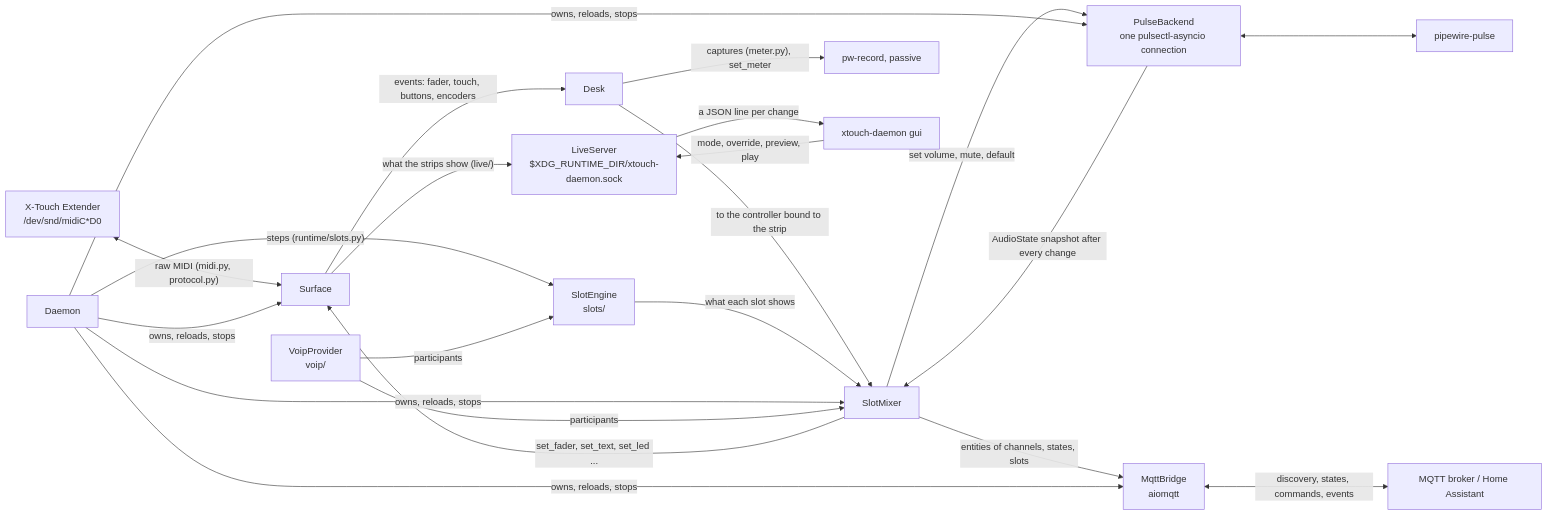
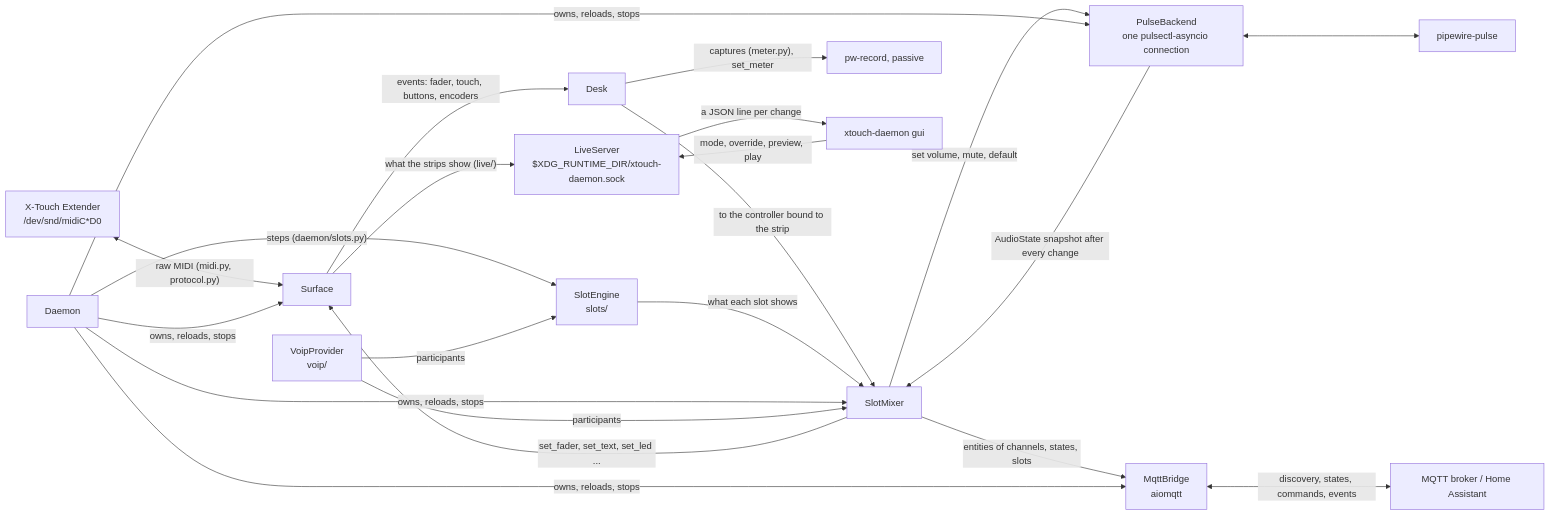
Before and after one commit to markusressel/xtouch-daemon: the diagram in docs/development/architecture/index.md, drawn with Mermaid. The commit also changed other lines of this file and 48 other files, not shown here.

First line of the commit message:
Rename the package runtime to daemon

````diff
--- a/docs/development/architecture/index.md
+++ b/docs/development/architecture/index.md
@@ -7,20 +7,20 @@
 ```mermaid
 graph LR
     Device[X-Touch Extender<br/>/dev/snd/midiC*D0] <-- "raw MIDI (midi.py, protocol.py)" --> Surface
     Surface -- "events: fader, touch, buttons, encoders" --> Desk
     Desk -- "to the controller bound to the strip" --> Mixer[SlotMixer]
     Mixer -- "set_fader, set_text, set_led ..." --> Surface
     Backend[PulseBackend<br/>one pulsectl-asyncio connection] -- "AudioState snapshot after every change" --> Mixer
     Mixer -- "set volume, mute, default" --> Backend
     Engine[SlotEngine<br/>slots/] -- "what each slot shows" --> Mixer
     Backend <--> Sound[pipewire-pulse]
     Desk -- "captures (meter.py), set_meter" --> PwRecord[pw-record, passive]
     Mixer -- "entities of channels, states, slots" --> Bridge[MqttBridge<br/>aiomqtt]
     Bridge <-- "discovery, states, commands, events" --> Broker[MQTT broker / Home Assistant]
     Daemon -- "owns, reloads, stops" --> Surface & Backend & Mixer & Bridge
     Surface -- "what the strips show (live/)" --> Live[LiveServer<br/>$XDG_RUNTIME_DIR/xtouch-daemon.sock]
     Live -- "a JSON line per change" --> GUI[xtouch-daemon gui]
     GUI -- "mode, override, preview, play" --> Live
-    Daemon -- "steps (runtime/slots.py)" --> Engine
+    Daemon -- "steps (daemon/slots.py)" --> Engine
     Voip[VoipProvider<br/>voip/] -- "participants" --> Engine & Mixer
 ```
````
